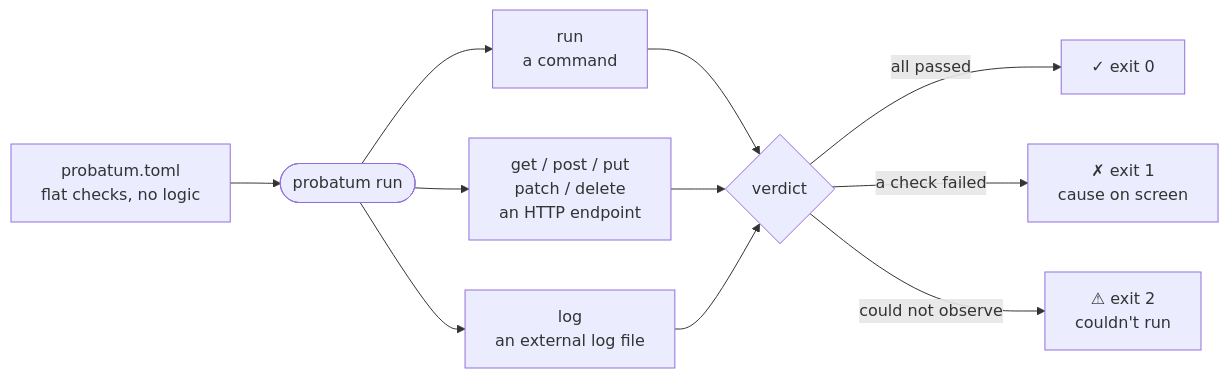
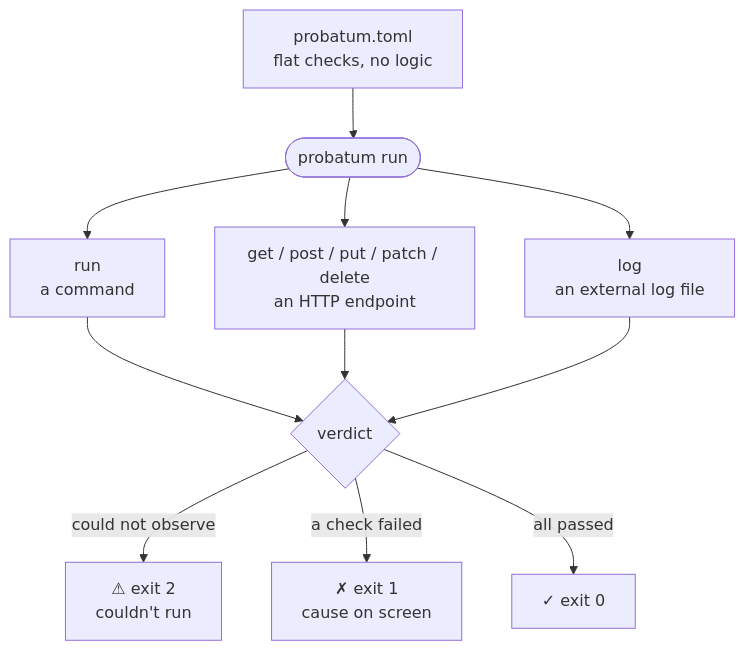
One commit to probatum-org/probatum changed the first of 2 diagrams in README.md. Above: the diagram before and after it, drawn with Mermaid.

Commit message:
docs: keep the README diagrams clear of GitHub's mermaid controls
GitHub's viewer pins zoom/pan controls to the iframe's bottom-right corner,
over the diagram: the flowchart's "exit 2" node and the sequence's last
participant box were hidden. The flowchart goes top-to-bottom so the corner
is empty, the exits are ordered with the shortest node last, and the
sequence puts app.log in the middle. Verified on the rendered page.

````diff
--- a/README.md
+++ b/README.md
@@ -21,13 +21,13 @@
 ```mermaid
-flowchart LR
-    Y["probatum.toml<br/>flat checks, no logic"] --> P(["probatum run"])
-    P --> R["run<br/>a command"]
-    P --> G["get / post / put<br/>patch / delete<br/>an HTTP endpoint"]
-    P --> L["log<br/>an external log file"]
+flowchart TB
+    Y["probatum.toml<br>flat checks, no logic"] --> P(["probatum run"])
+    P --> R["run<br>a command"]
+    P --> G["get / post / put / patch / delete<br>an HTTP endpoint"]
+    P --> L["log<br>an external log file"]
     R --> V{"verdict"}
     G --> V
     L --> V
+    V -- could not observe --> NR["⚠ exit 2<br>couldn't run"]
+    V -- a check failed --> KO["✗ exit 1<br>cause on screen"]
     V -- all passed --> OK["✓ exit 0"]
-    V -- a check failed --> KO["✗ exit 1<br/>cause on screen"]
-    V -- could not observe --> NR["⚠ exit 2<br/>couldn't run"]
 ```
````
